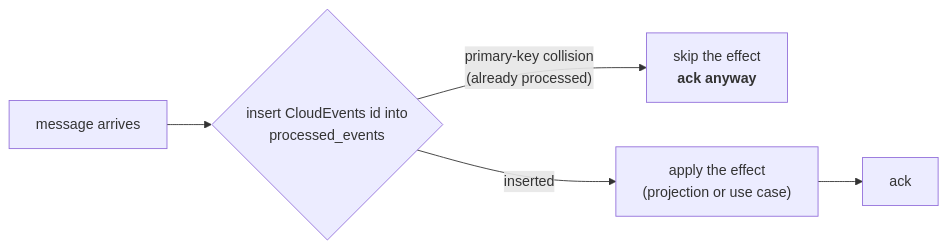
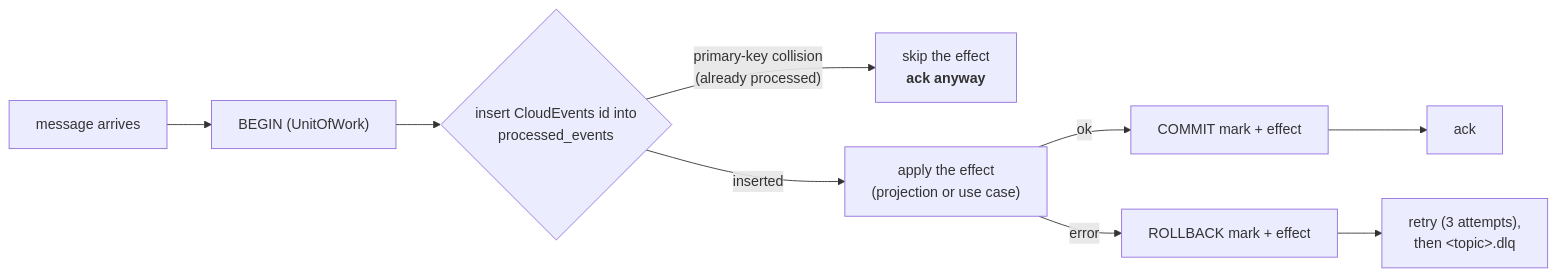
The diagram in docs/docs/ecosystem/integration-events.md (IQVO/wes-work-planning), drawn with Mermaid before and after one commit. The commit also changed other lines of this file and 21 other files, not shown here.

````diff
--- a/docs/docs/ecosystem/integration-events.md
+++ b/docs/docs/ecosystem/integration-events.md
@@ -235,7 +244,9 @@
 ```mermaid
 flowchart LR
-    M["message arrives"] --> P{"insert CloudEvents id into<br/>processed_events"}
+    M["message arrives"] --> TX["BEGIN (UnitOfWork)"]
+    TX --> P{"insert CloudEvents id into<br/>processed_events"}
     P -->|"primary-key collision<br/>(already processed)"| SKIP["skip the effect<br/><b>ack anyway</b>"]
     P -->|"inserted"| APPLY["apply the effect<br/>(projection or use case)"]
-    APPLY --> ACK["ack"]
+    APPLY -->|"ok"| COMMIT["COMMIT mark + effect"] --> ACK["ack"]
+    APPLY -->|"error"| RB["ROLLBACK mark + effect"] --> RETRY["retry (3 attempts),<br/>then &lt;topic&gt;.dlq"]
 ```
````
